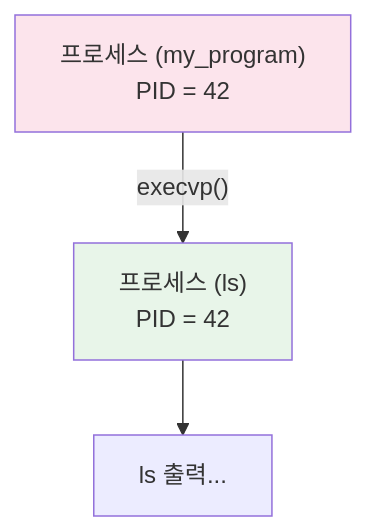
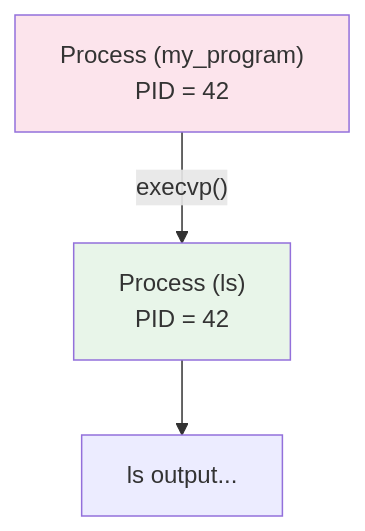
Before and after one commit to Choroning/26Spring_Operating-Systems: the third of 7 diagrams in W02_Process-1/Concepts-Lab.md, drawn with Mermaid. The commit also changed other lines of this file and 22 other files, not shown here.

````diff
--- a/W02_Process-1/Concepts-Lab.md
+++ b/W02_Process-1/Concepts-Lab.md
@@ -95,7 +95,7 @@
 ```mermaid
 graph TD
-    A["프로세스 (my_program)<br/>PID = 42"] -->|"execvp()"| B["프로세스 (ls)<br/>PID = 42"]
-    B --> C["ls 출력..."]
+    A["Process (my_program)<br/>PID = 42"] -->|"execvp()"| B["Process (ls)<br/>PID = 42"]
+    B --> C["ls output..."]
     style A fill:#fce4ec
     style B fill:#e8f5e9
 ```
````
